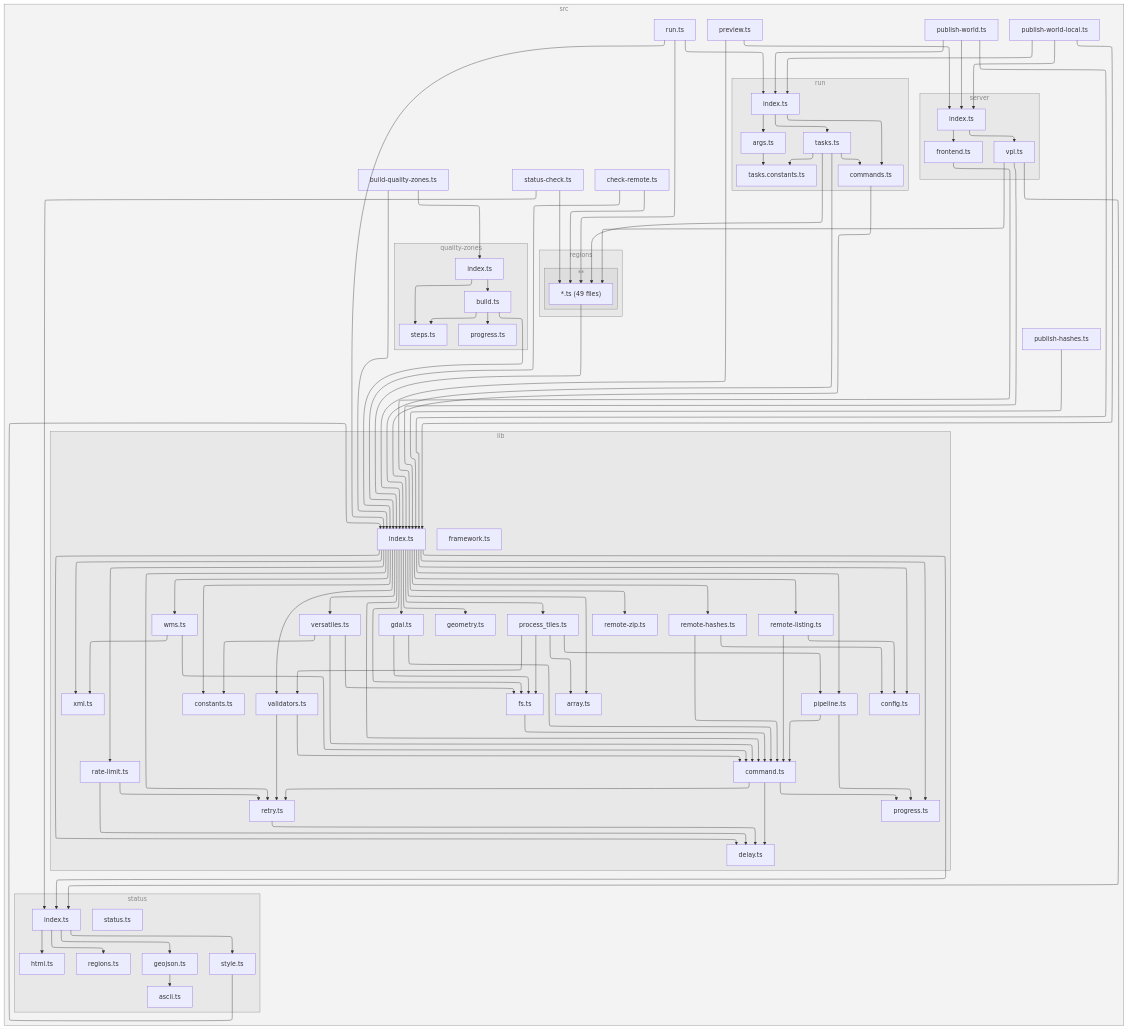
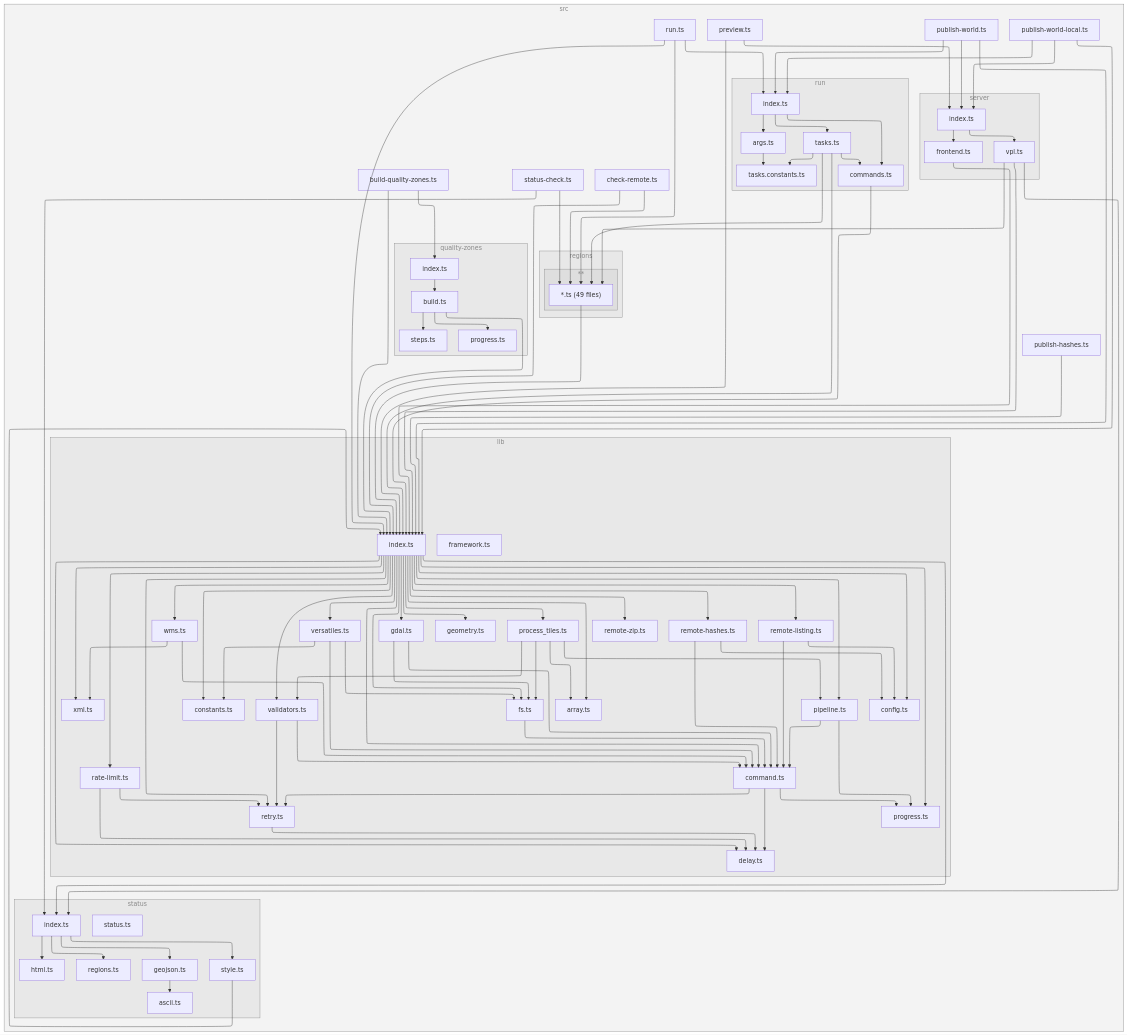
The diagram in README.md (versatiles-org/orthophotos), drawn with Mermaid before and after one commit. The commit also changed 7 other files, not shown here.

```diff
--- a/README.md
+++ b/README.md
@@ -222,7 +222,6 @@
 T-->C
 T-->U
 W-->X
-W-->Z
 X-->3
 X-->Y
 X-->Z
```
